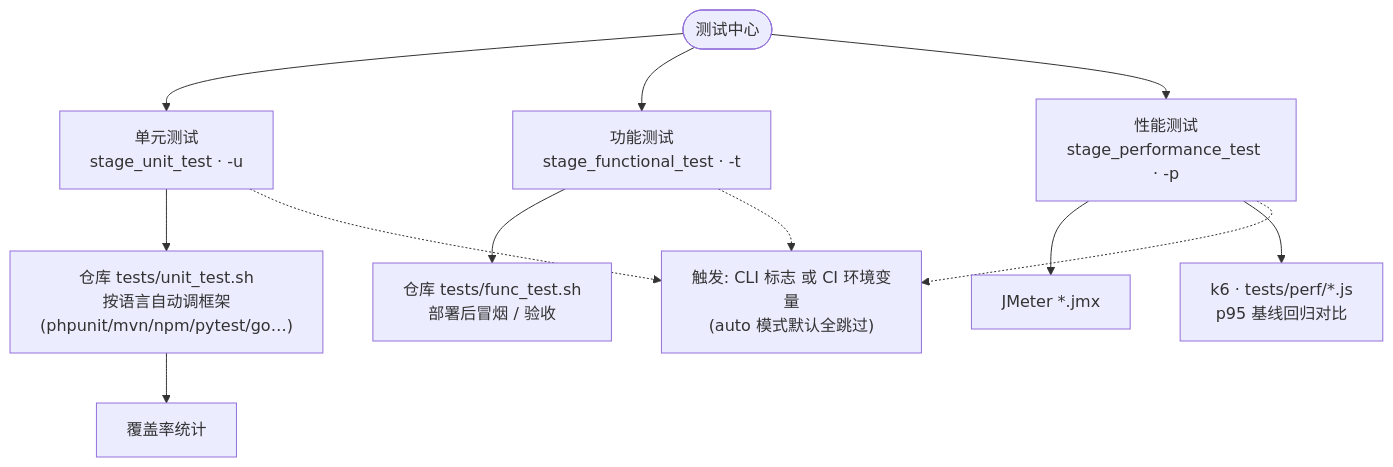
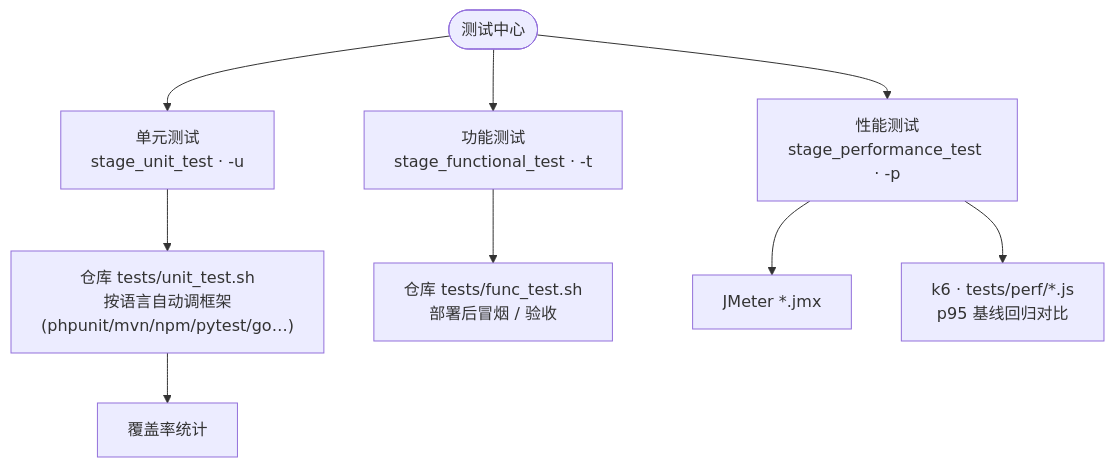
Before and after one commit to xiagw/deploy.sh: the diagram in docs/testing.md, drawn with Mermaid.

Commit message:
♻️ refactor: 测试模型流程图去掉交叉的触发规则节点
单元/功能/性能三分支各自垂直向下，触发规则保留在上方正文，
避免虚线横穿多个分支造成的视觉混乱。

````diff
--- a/docs/testing.md
+++ b/docs/testing.md
@@ -21,14 +21,12 @@
 ```mermaid
 flowchart TD
   A([测试中心]) --> U["单元测试<br/>stage_unit_test · -u"]
   A --> F["功能测试<br/>stage_functional_test · -t"]
   A --> P["性能测试<br/>stage_performance_test · -p"]
 
   U --> U1["仓库 tests/unit_test.sh<br/>按语言自动调框架(phpunit/mvn/npm/pytest/go…)"]
   U1 --> U2["覆盖率统计"]
   F --> F1["仓库 tests/func_test.sh<br/>部署后冒烟 / 验收"]
   P --> P1["JMeter *.jmx"]
   P --> P2["k6 · tests/perf/*.js<br/>p95 基线回归对比"]
-
-  U & F & P -.-> ENV["触发: CLI 标志 或 CI 环境变量<br/>(auto 模式默认全跳过)"]
 ```
````
